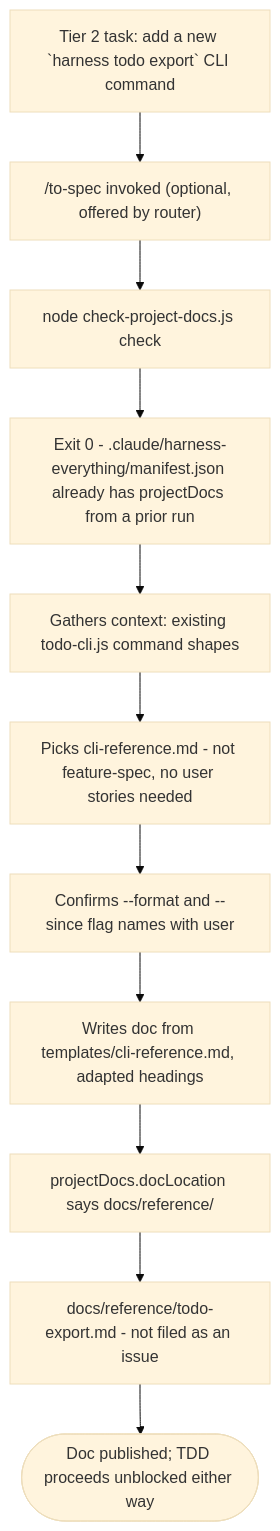
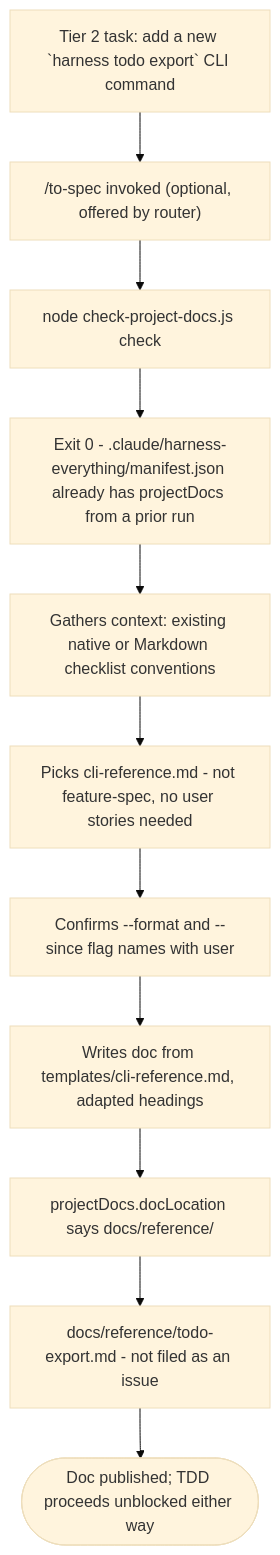
The third of 3 diagrams in docs/workflows/to-spec.md (dyphn1/Harness-everything), drawn with Mermaid (base theme) before and after one commit. The commit also changed 61 other files, not shown here.

````diff
--- a/docs/workflows/to-spec.md
+++ b/docs/workflows/to-spec.md
@@ -57,13 +57,13 @@
 ```mermaid
 graph TD
   Start["Tier 2 task: add a new `harness todo export` CLI command"] --> Invoke["/to-spec invoked (optional, offered by router)"]
   Invoke --> RunCheck["node check-project-docs.js check"]
   RunCheck --> Exit0["Exit 0 - .claude/harness-everything/manifest.json already has projectDocs from a prior run"]
-  Exit0 --> Gather2["Gathers context: existing todo-cli.js command shapes"]
+  Exit0 --> Gather2["Gathers context: existing native or Markdown checklist conventions"]
   Gather2 --> PickShape2["Picks cli-reference.md - not feature-spec, no user stories needed"]
   PickShape2 --> ConfirmFlags["Confirms --format and --since flag names with user"]
   ConfirmFlags --> Draft["Writes doc from templates/cli-reference.md, adapted headings"]
   Draft --> ReadDocLoc["projectDocs.docLocation says docs/reference/"]
   ReadDocLoc --> PublishLocal["docs/reference/todo-export.md - not filed as an issue"]
   PublishLocal --> Done(["Doc published; TDD proceeds unblocked either way"])
 ```
````
